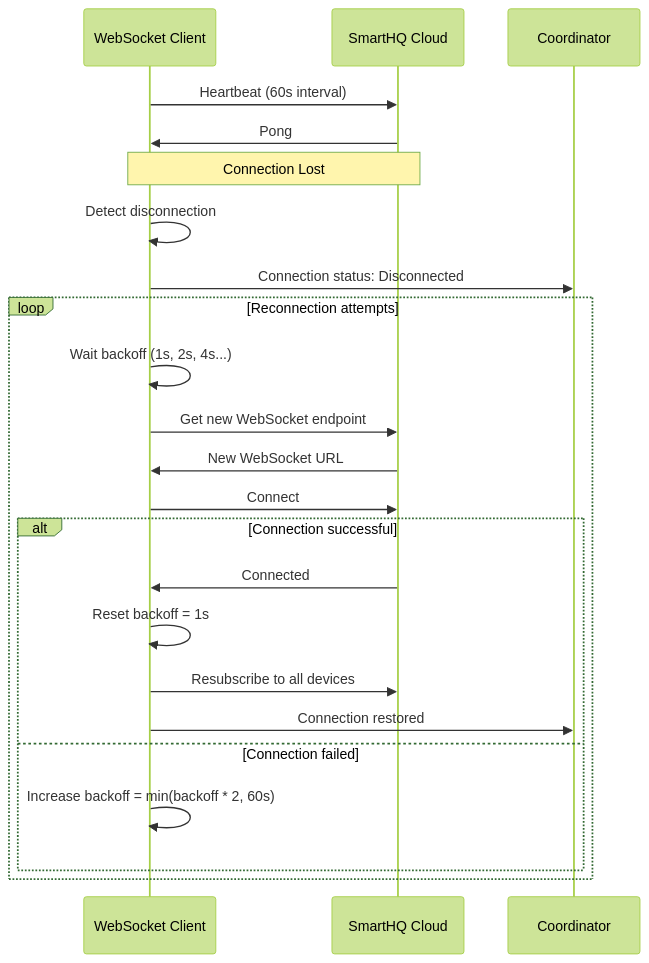
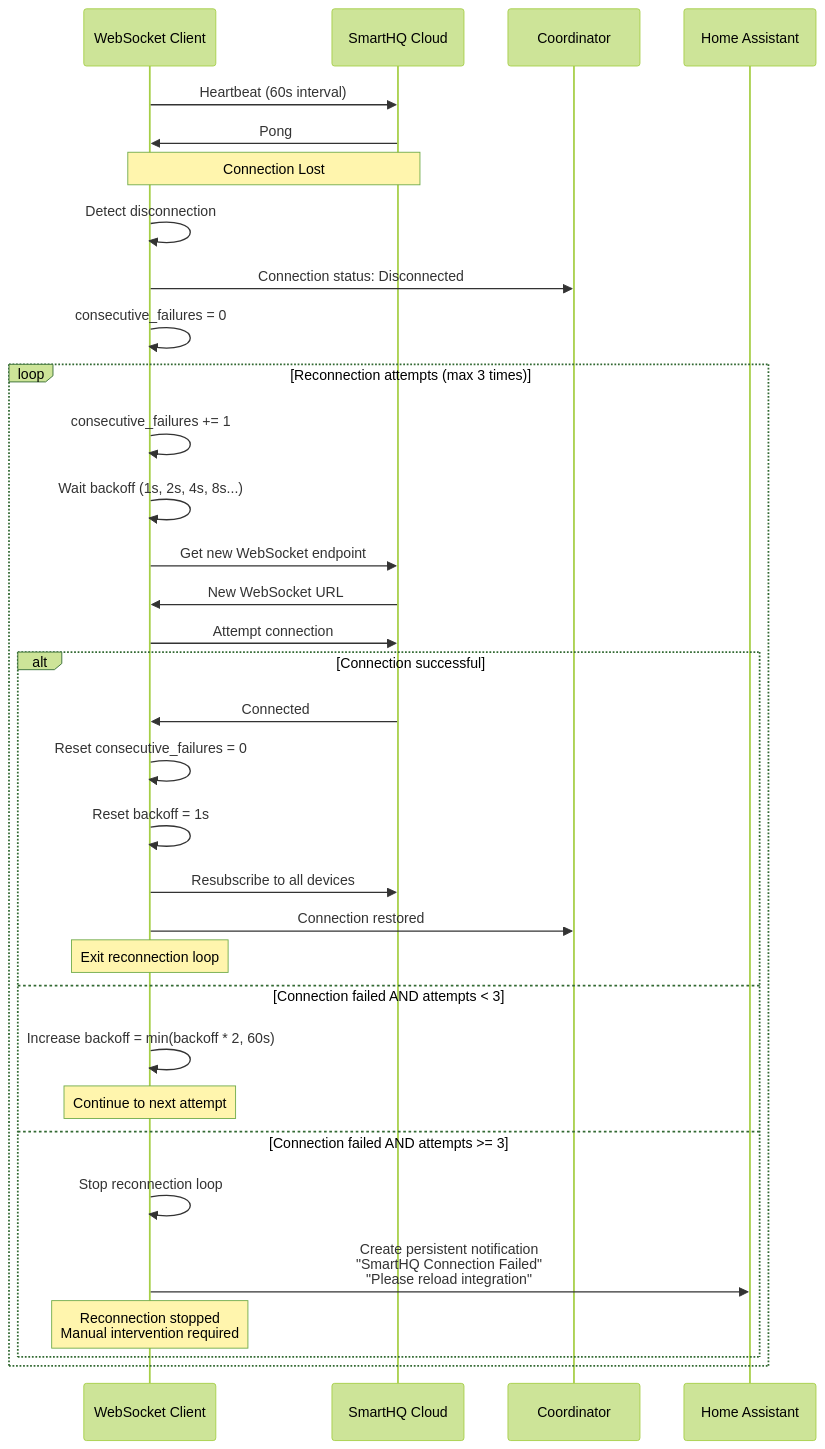
The sixth of 8 diagrams in docs/SEQUENCE_DIAGRAMS.md (geappliances/geappliances-smarthq-integration), drawn with Mermaid (forest theme) before and after one commit.

Commit message:
docs: Fix WebSocket reconnection diagram to reflect 3-retry limit
- Updated A2 appendix to show max 3 reconnection attempts
- Added persistent notification on max retry failure
- Clarified loop exit conditions (success or max retries reached)
- Matches actual implementation in ws_client.py

````diff
--- a/docs/SEQUENCE_DIAGRAMS.md
+++ b/docs/SEQUENCE_DIAGRAMS.md
@@ -184,29 +184,39 @@
 ```mermaid
 sequenceDiagram
     participant WS as WebSocket Client
     participant Cloud as SmartHQ Cloud
     participant Coordinator
+    participant HA as Home Assistant
 
     WS->>Cloud: Heartbeat (60s interval)
     Cloud->>WS: Pong
     
     Note over WS,Cloud: Connection Lost
     WS->>WS: Detect disconnection
     WS->>Coordinator: Connection status: Disconnected
+    WS->>WS: consecutive_failures = 0
     
-    loop Reconnection attempts
-        WS->>WS: Wait backoff (1s, 2s, 4s...)
+    loop Reconnection attempts (max 3 times)
+        WS->>WS: consecutive_failures += 1
+        WS->>WS: Wait backoff (1s, 2s, 4s, 8s...)
         WS->>Cloud: Get new WebSocket endpoint
         Cloud->>WS: New WebSocket URL
-        WS->>Cloud: Connect
+        WS->>Cloud: Attempt connection
         
         alt Connection successful
             Cloud->>WS: Connected
+            WS->>WS: Reset consecutive_failures = 0
             WS->>WS: Reset backoff = 1s
             WS->>Cloud: Resubscribe to all devices
             WS->>Coordinator: Connection restored
-        else Connection failed
+            Note over WS: Exit reconnection loop
+        else Connection failed AND attempts < 3
             WS->>WS: Increase backoff = min(backoff * 2, 60s)
+            Note over WS: Continue to next attempt
+        else Connection failed AND attempts >= 3
+            WS->>WS: Stop reconnection loop
+            WS->>HA: Create persistent notification<br/>"SmartHQ Connection Failed"<br/>"Please reload integration"
+            Note over WS: Reconnection stopped<br/>Manual intervention required
         end
     end
 ```
````
